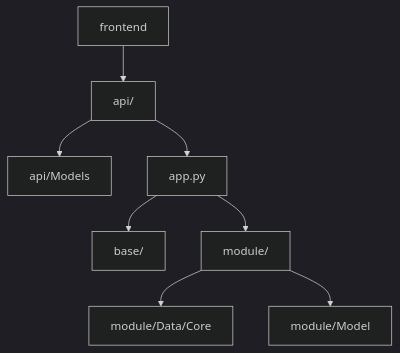
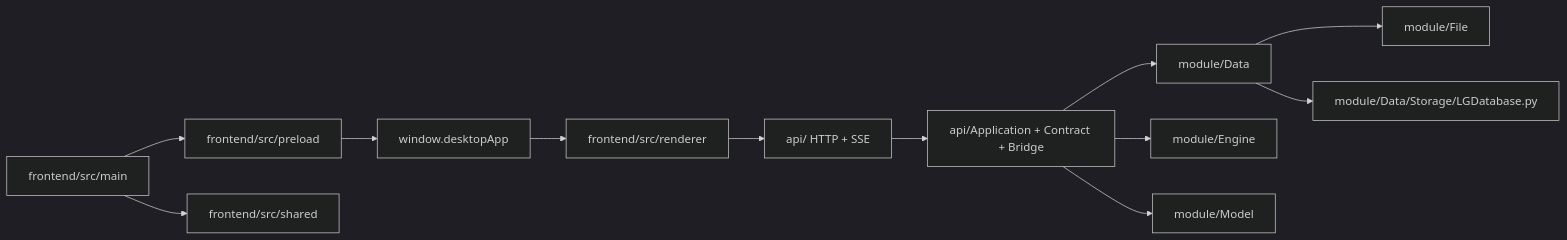
Before and after one commit to neavo/LinguaGacha: the first of 3 diagrams in docs/ARCHITECTURE.md, drawn with Mermaid (dark theme). The commit also changed other lines of this file and 364 other files, not shown here.

````diff
--- a/docs/ARCHITECTURE.md
+++ b/docs/ARCHITECTURE.md
@@ -7,10 +8,14 @@
 ```mermaid
-flowchart TD
-    A["frontend"] --> B["api/"]
-    B --> C["api/Models"]
-    B --> D["app.py"]
-    D --> E["base/"]
-    D --> F["module/"]
-    F --> G["module/Data/Core"]
-    F --> H["module/Model"]
+flowchart LR
+    A["frontend/src/main"] --> B["frontend/src/preload"]
+    A --> C["frontend/src/shared"]
+    B --> D["window.desktopApp"]
+    D --> E["frontend/src/renderer"]
+    E --> F["api/ HTTP + SSE"]
+    F --> G["api/Application + Contract + Bridge"]
+    G --> H["module/Data"]
+    G --> I["module/Engine"]
+    H --> J["module/File"]
+    G --> K["module/Model"]
+    H --> L["module/Data/Storage/LGDatabase.py"]
 ```
````
